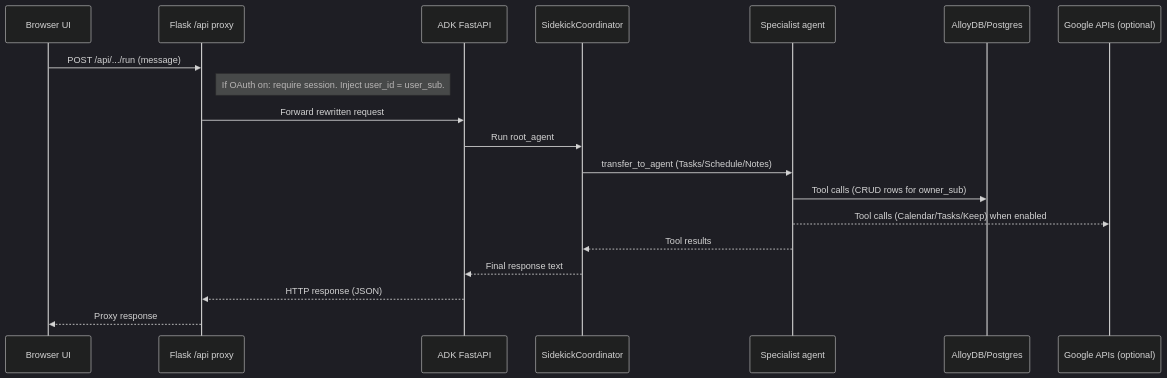
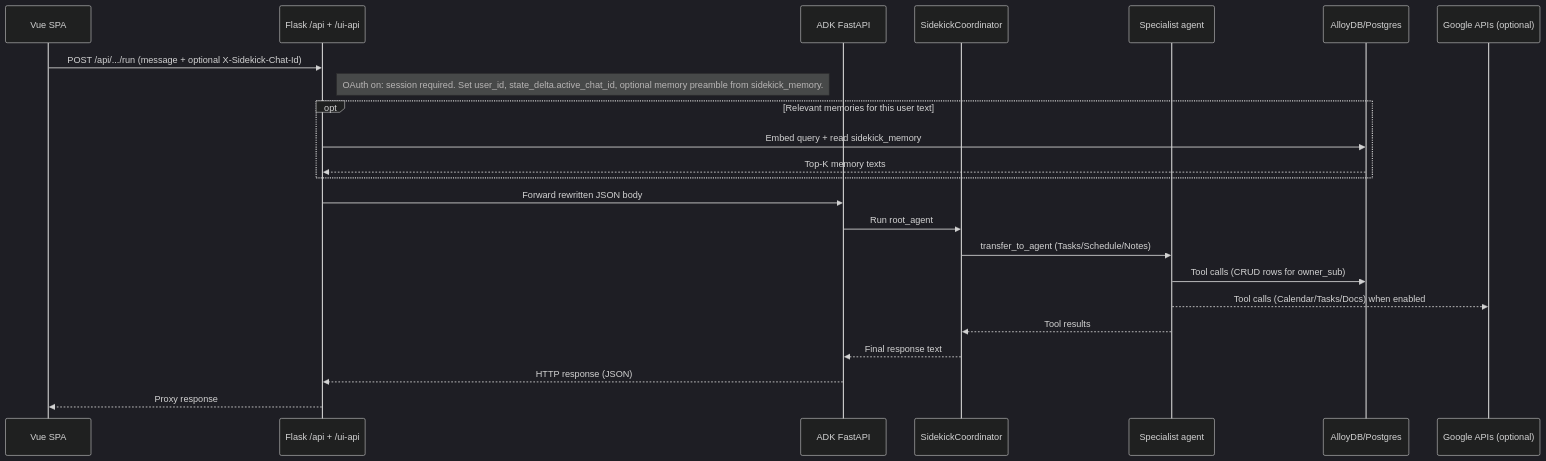
One commit to bolleyboll/h2s-google-genai-apac-cohort1-final changed the ninth of 10 diagrams in README.md. Above: the diagram before and after it, drawn with Mermaid (dark theme). The commit also changed other lines of this file and 70 other files, not shown here.

````diff
--- a/README.md
+++ b/README.md
@@ -419,22 +447,26 @@
 ```mermaid
 sequenceDiagram
-  participant UI as Browser UI
-  participant Web as Flask /api proxy
+  participant UI as Vue SPA
+  participant Web as Flask /api + /ui-api
   participant ADK as ADK FastAPI
   participant Root as SidekickCoordinator
   participant Spec as Specialist agent
   participant DB as AlloyDB/Postgres
   participant G as Google APIs (optional)
 
-  UI->>Web: POST /api/.../run (message)
-  Note right of Web: If OAuth on: require session. Inject user_id = user_sub.
-  Web->>ADK: Forward rewritten request
+  UI->>Web: POST /api/.../run (message + optional X-Sidekick-Chat-Id)
+  Note right of Web: OAuth on: session required. Set user_id, state_delta.active_chat_id, optional memory preamble from sidekick_memory.
+  opt Relevant memories for this user text
+    Web->>DB: Embed query + read sidekick_memory
+    DB-->>Web: Top-K memory texts
+  end
+  Web->>ADK: Forward rewritten JSON body
   ADK->>Root: Run root_agent
   Root->>Spec: transfer_to_agent (Tasks/Schedule/Notes)
   Spec->>DB: Tool calls (CRUD rows for owner_sub)
-  Spec-->>G: Tool calls (Calendar/Tasks/Keep) when enabled
+  Spec-->>G: Tool calls (Calendar/Tasks/Docs) when enabled
   Spec-->>Root: Tool results
   Root-->>ADK: Final response text
   ADK-->>Web: HTTP response (JSON)
   Web-->>UI: Proxy response
 ```
````
